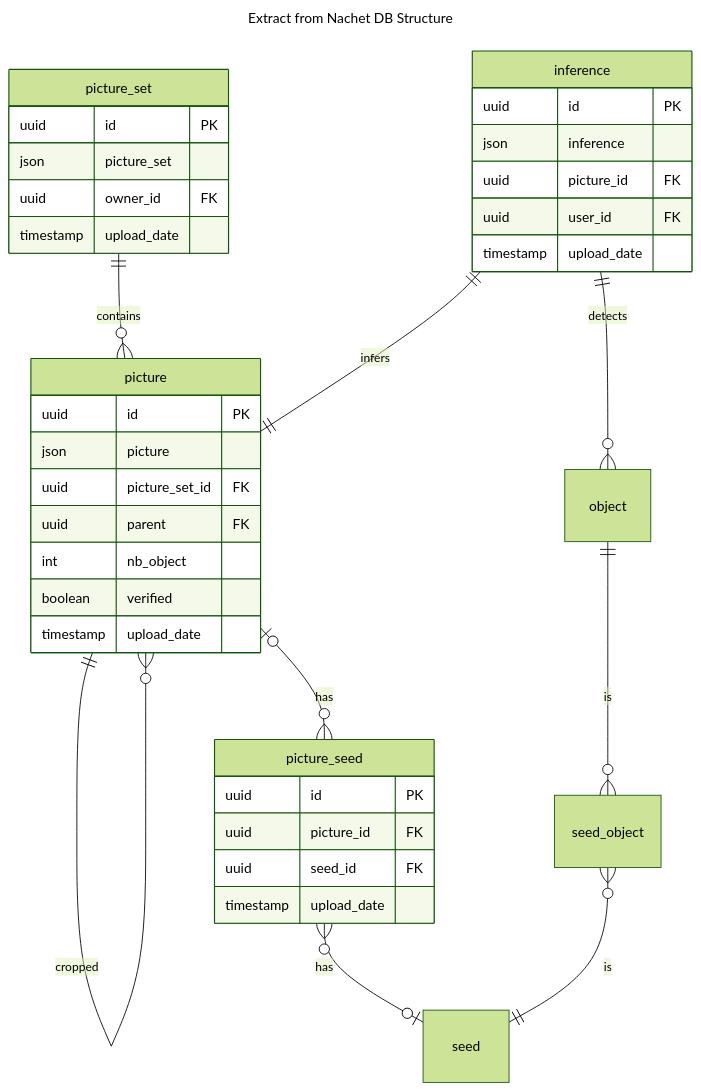
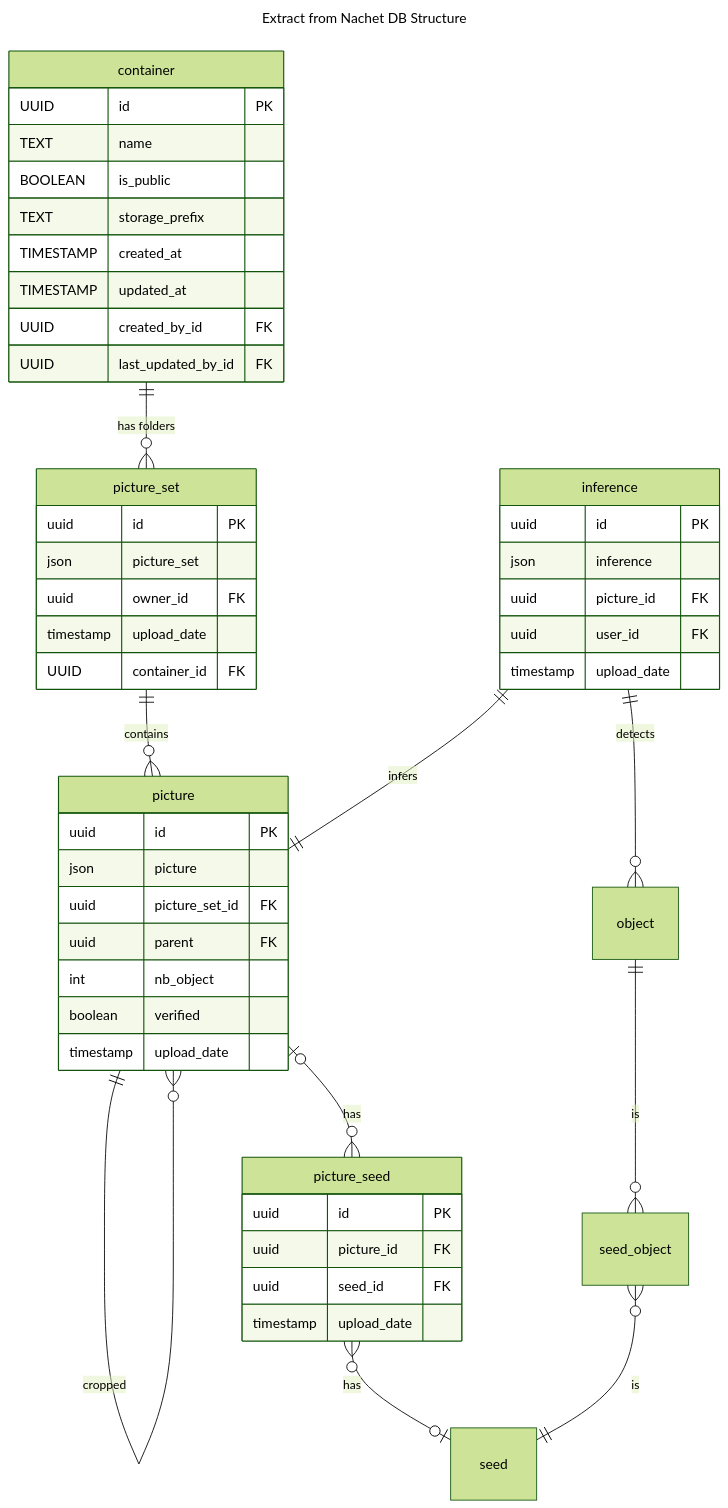
The first of 3 diagrams in nachet/doc/nachet-manage-folders.md (ai-cfia/ailab-datastore), drawn with Mermaid (forest theme) before and after one commit. The commit also changed other lines of this file and 12 other files, not shown here.

````diff
--- a/nachet/doc/nachet-manage-folders.md
+++ b/nachet/doc/nachet-manage-folders.md
@@ -11,43 +11,55 @@
 ``` mermaid
 ---
 title: Extract from Nachet DB Structure 
 ---
 erDiagram
+    container {
+        UUID id PK
+        TEXT name
+        BOOLEAN is_public
+        TEXT storage_prefix
+        TIMESTAMP created_at
+        TIMESTAMP updated_at
+        UUID created_by_id FK
+        UUID last_updated_by_id FK
+    }
   picture_set{
     uuid id PK
     json picture_set
     uuid owner_id FK
     timestamp upload_date
+    UUID container_id FK
   }
   picture{
     uuid id PK
     json picture
     uuid picture_set_id FK
     uuid parent FK
     int nb_object
     boolean verified
     timestamp upload_date 
   }
 inference{
     uuid id PK
     json inference 
     uuid picture_id FK
     uuid user_id FK
     timestamp upload_date
   }
   picture_seed{
     uuid id PK
     uuid picture_id FK
     uuid seed_id FK
     timestamp upload_date
   }
+  container ||--o{picture_set: "has folders"
   picture_set ||--o{picture: contains
   picture ||--o{picture: cropped
   picture |o--o{picture_seed: has
   picture_seed }o--o| seed: has
   inference ||--o{ object: detects
   object ||--o{ seed_object: is
   seed_object }o--|| seed: is
   inference ||--|| picture: infers
 
 ```
````
